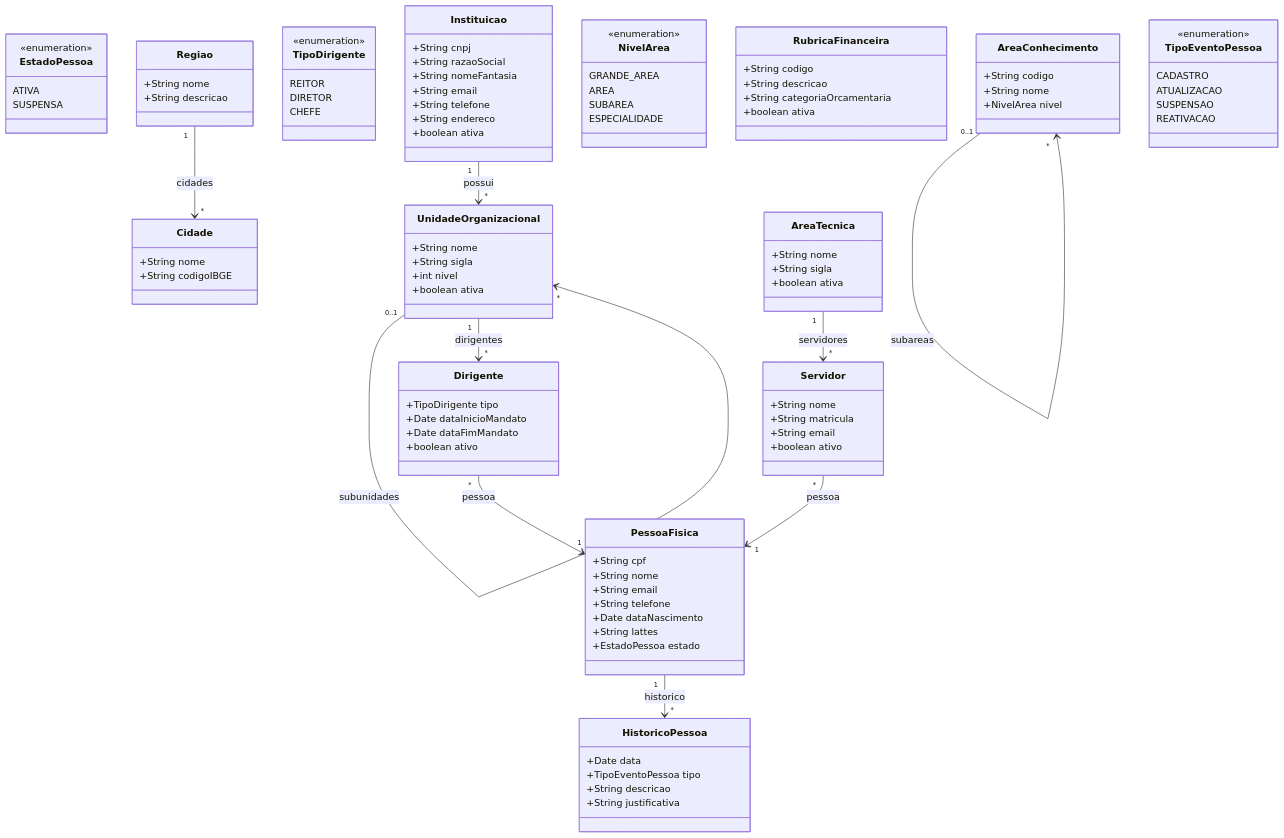
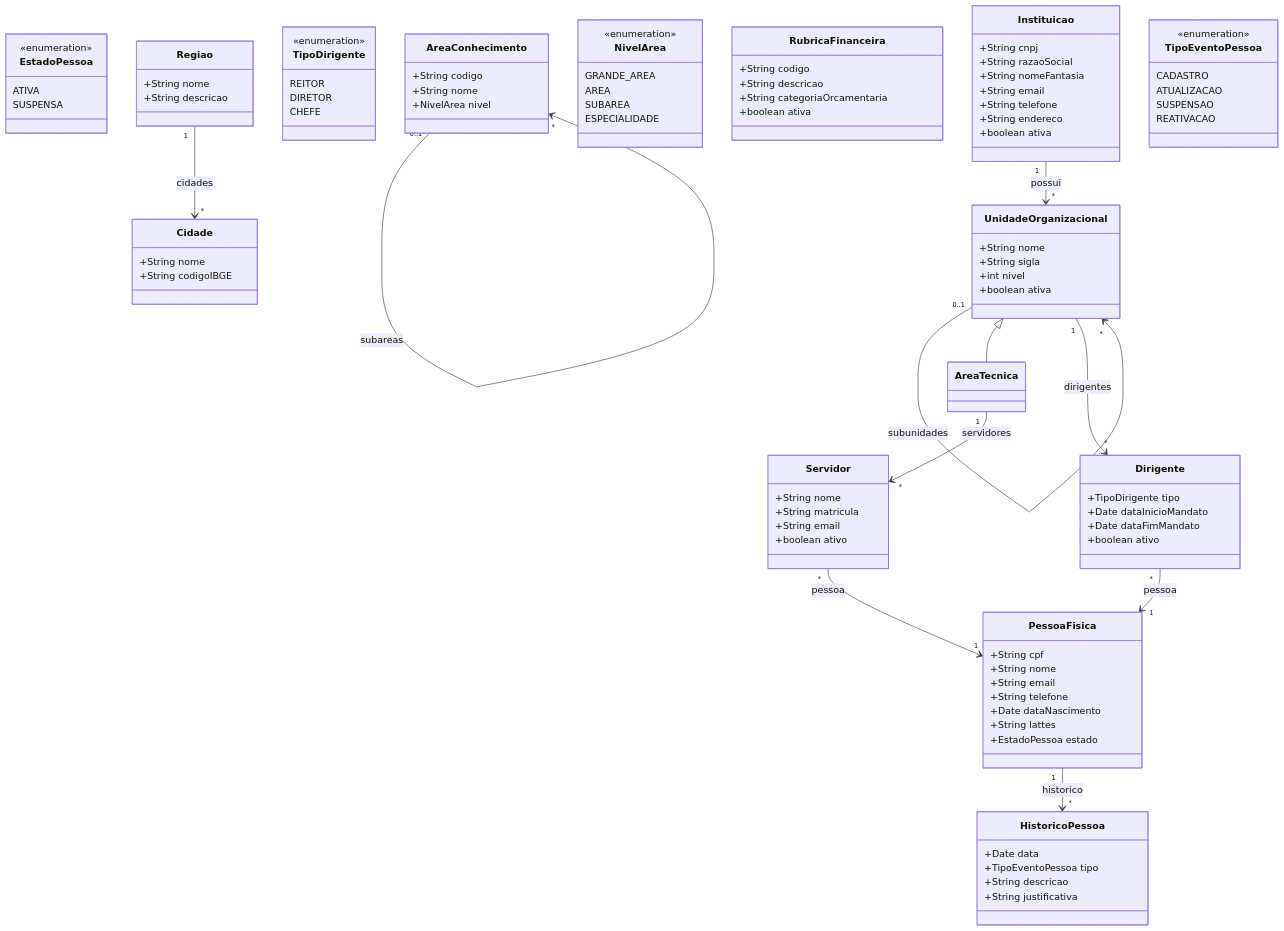
Before and after one commit to Czzped/conecta-fapes-teste: the diagram in docs/implementation/modules/M008-cadastros-corporativos/modelo-estrutural.md, drawn with Mermaid. The commit also changed other lines of this file and 111 other files, not shown here.

```diff
--- a/docs/implementation/modules/M008-cadastros-corporativos/modelo-estrutural.md
+++ b/docs/implementation/modules/M008-cadastros-corporativos/modelo-estrutural.md
@@ -39,6 +39,9 @@
         +String sigla
         +int nivel
         +boolean ativa
+    }
+
+    class AreaTecnica {
     }
 
     class Dirigente {
@@ -86,12 +89,6 @@
         +String descricao
     }
 
-    class AreaTecnica {
-        +String nome
-        +String sigla
-        +boolean ativa
-    }
-
     class Servidor {
         +String nome
         +String matricula
@@ -116,6 +113,7 @@
 
     Instituicao "1" --> "*" UnidadeOrganizacional : possui
     UnidadeOrganizacional "0..1" --> "*" UnidadeOrganizacional : subunidades
+    UnidadeOrganizacional <|-- AreaTecnica
     UnidadeOrganizacional "1" --> "*" Dirigente : dirigentes
     Dirigente "*" --> "1" PessoaFisica : pessoa
     PessoaFisica "1" --> "*" HistoricoPessoa : historico
```
